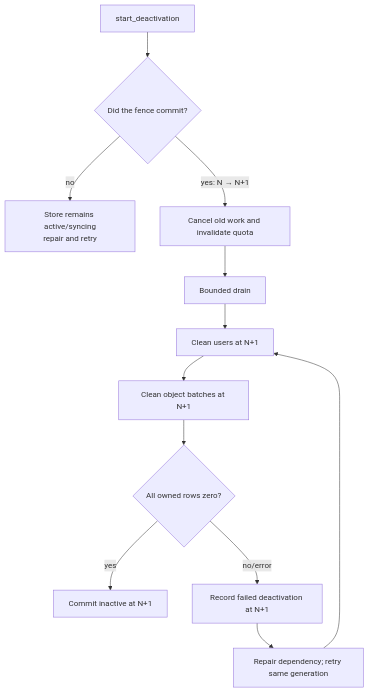
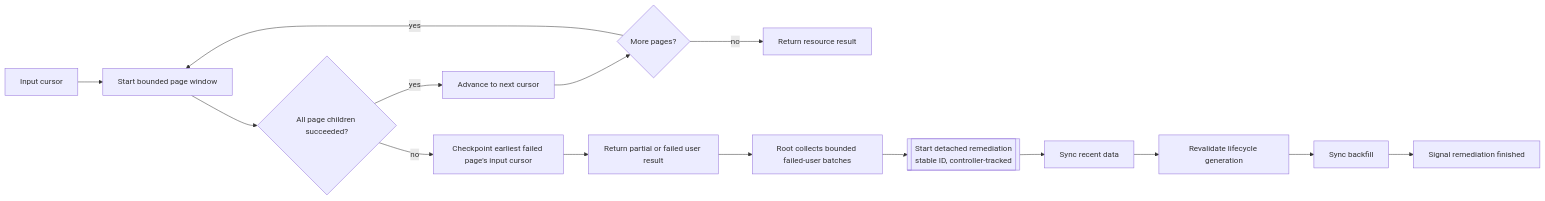
The fifth of 6 diagrams in docs/workflow-topology.md (temporal-sa/golden-retriever), drawn with Mermaid before and after one commit. The commit also changed other lines of this file and 148 other files, not shown here.

````diff
--- a/docs/workflow-topology.md
+++ b/docs/workflow-topology.md
@@ -269,14 +204,17 @@
 ```mermaid
-flowchart TB
-    command["start_deactivation"] --> fence{"Did the fence commit?"}
-    fence -->|"no"| pre["Store remains active/syncing<br/>repair and retry"]
-    fence -->|"yes: N → N+1"| cancel["Cancel old work and invalidate quota"]
-    cancel --> drain["Bounded drain"]
-    drain --> users["Clean users at N+1"]
-    users --> objects["Clean object batches at N+1"]
-    objects --> zero{"All owned rows zero?"}
-    zero -->|"yes"| inactive["Commit inactive at N+1"]
-    zero -->|"no/error"| failed["Record failed deactivation at N+1"]
-    failed --> retry["Repair dependency; retry same generation"]
-    retry --> users
+flowchart LR
+    input["Input cursor"] --> window["Start bounded page window"]
+    window --> results{"All page children succeeded?"}
+    results -->|"yes"| advance["Advance to next cursor"]
+    advance --> more{"More pages?"}
+    more -->|"yes"| window
+    more -->|"no"| complete["Return resource result"]
+    results -->|"no"| checkpoint["Checkpoint earliest failed page's input cursor"]
+    checkpoint --> partial["Return partial or failed user result"]
+    partial --> collect["Root collects bounded failed-user batches"]
+    collect --> remediation[["Start detached remediation<br/>stable ID, controller-tracked"]]
+    remediation --> recent["Sync recent data"]
+    recent --> fence["Revalidate lifecycle generation"]
+    fence --> backfill["Sync backfill"]
+    backfill --> done["Signal remediation finished"]
 ```
````
